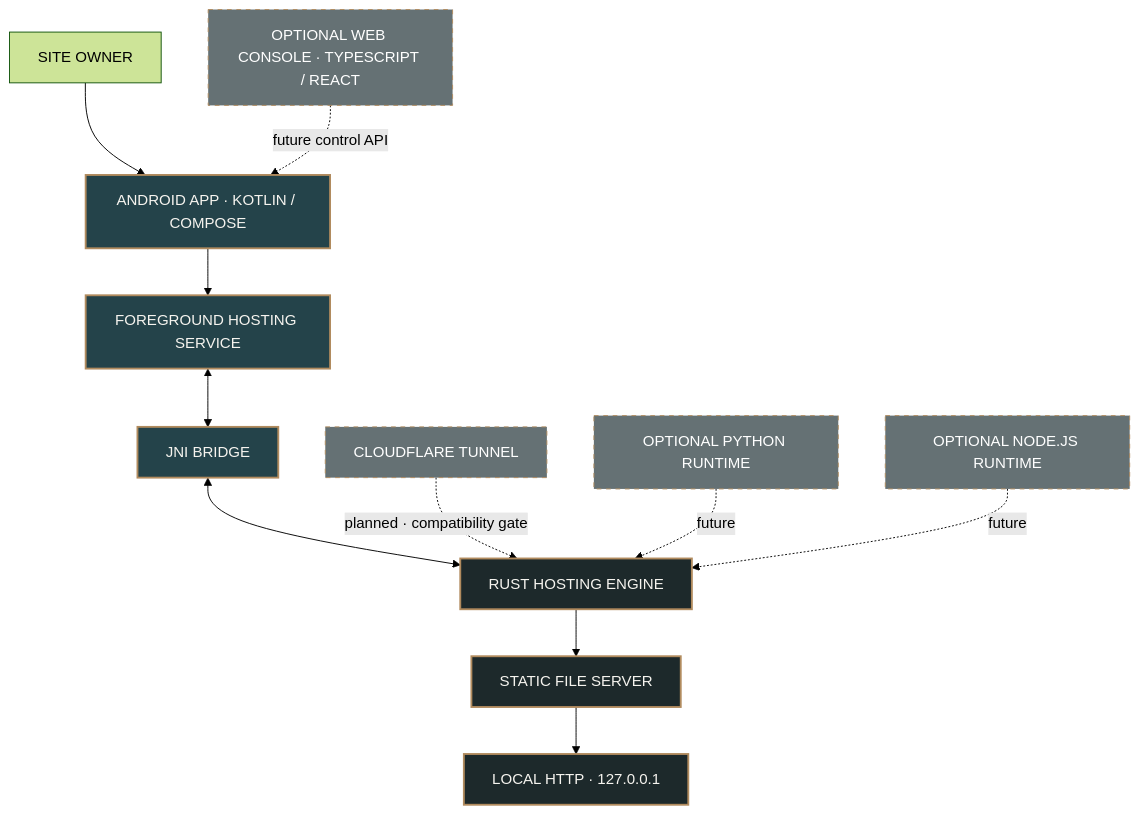
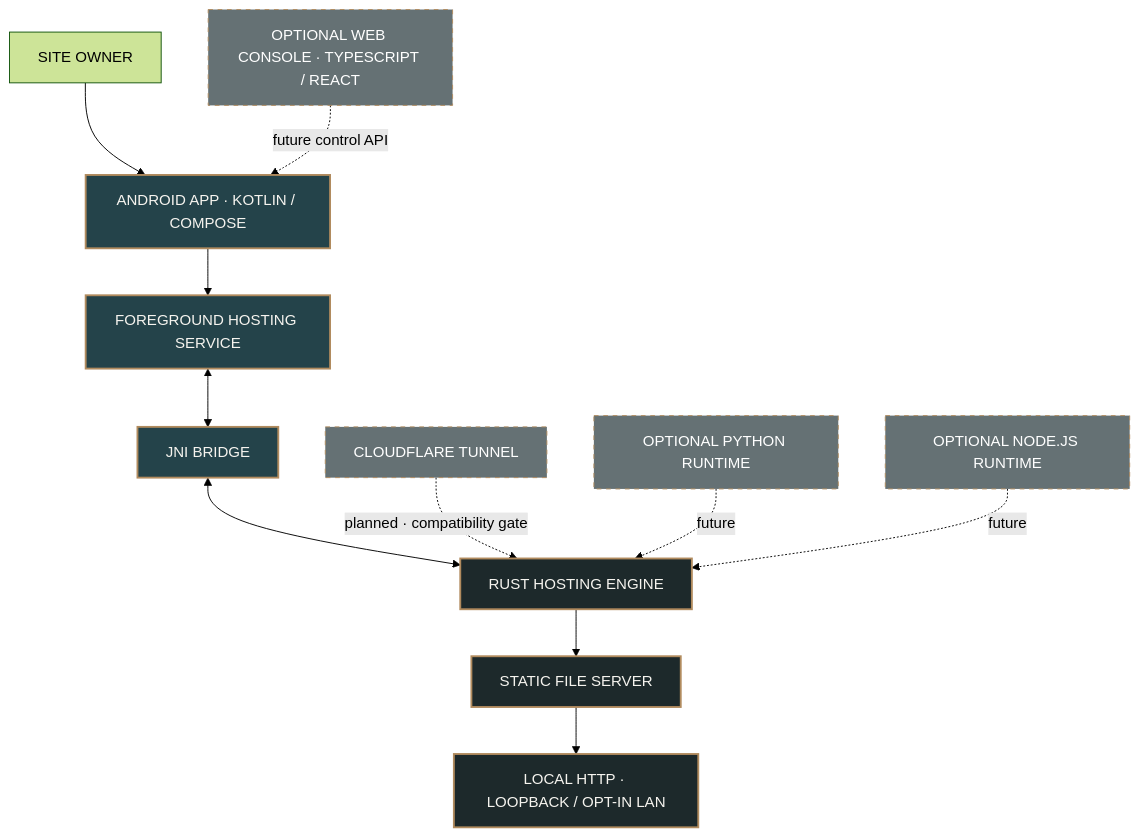
The diagram in README.md (AssayFlux/PocketHost), drawn with Mermaid (forest theme) before and after one commit. The commit also changed other lines of this file and 1 other file, not shown here.

```diff
--- a/README.md
+++ b/README.md
@@ -105,19 +105,19 @@
 ~~~mermaid
 flowchart TB
     OWNER["SITE OWNER"] --> APP["ANDROID APP · KOTLIN / COMPOSE"]
     APP --> SERVICE["FOREGROUND HOSTING SERVICE"]
     SERVICE <--> JNI["JNI BRIDGE"]
     JNI <--> CORE["RUST HOSTING ENGINE"]
     CORE --> STATIC["STATIC FILE SERVER"]
-    STATIC --> LOOP["LOCAL HTTP · 127.0.0.1"]
+    STATIC --> LOOP["LOCAL HTTP · LOOPBACK / OPT-IN LAN"]
     CONSOLE["OPTIONAL WEB CONSOLE · TYPESCRIPT / REACT"] -. future control API .-> APP
     TUNNEL["CLOUDFLARE TUNNEL"] -. planned · compatibility gate .-> CORE
     PY["OPTIONAL PYTHON RUNTIME"] -. future .-> CORE
     NODE["OPTIONAL NODE.JS RUNTIME"] -. future .-> CORE
     classDef native fill:#24434A,color:#F6F4EF,stroke:#B18B5E,stroke-width:2px;
     classDef engine fill:#1D292B,color:#F6F4EF,stroke:#B18B5E,stroke-width:2px;
     classDef planned fill:#657174,color:#FFFFFF,stroke:#B18B5E,stroke-dasharray:5 5;
     class APP,SERVICE,JNI native;
     class CORE,STATIC,LOOP engine;
     class CONSOLE,TUNNEL,PY,NODE planned;
 ~~~
```
